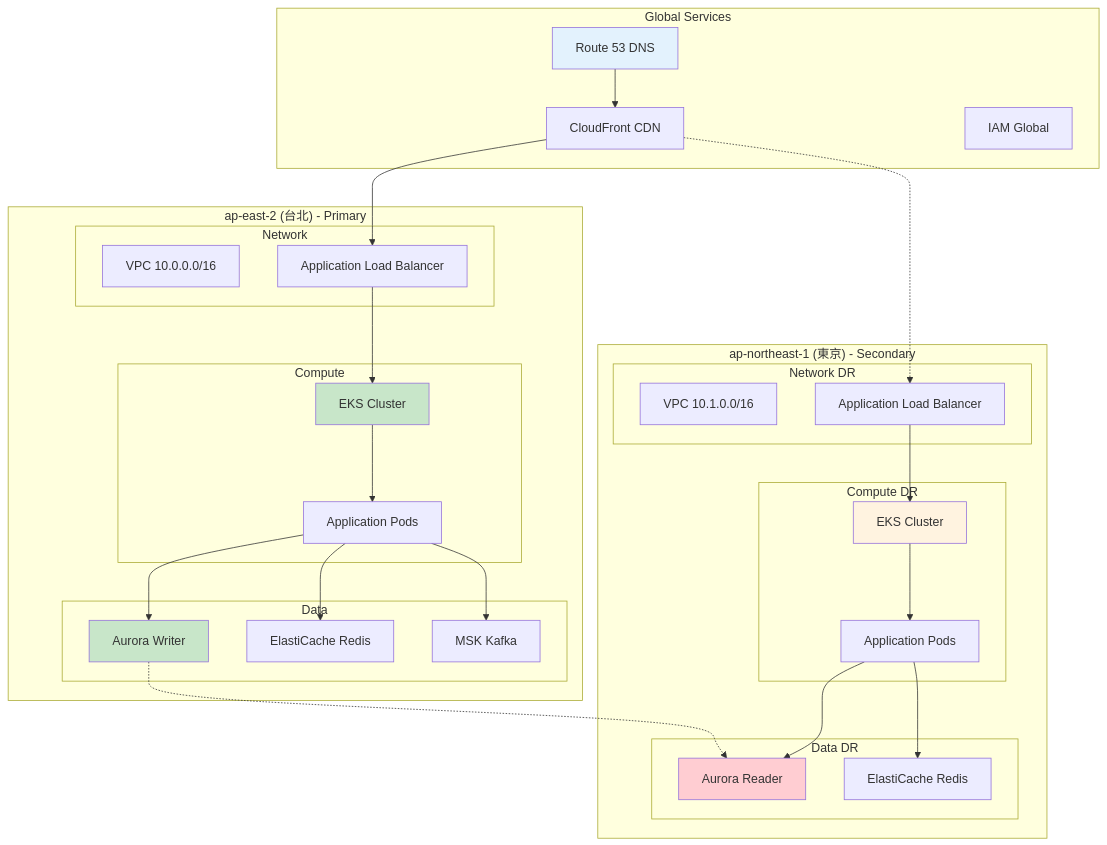
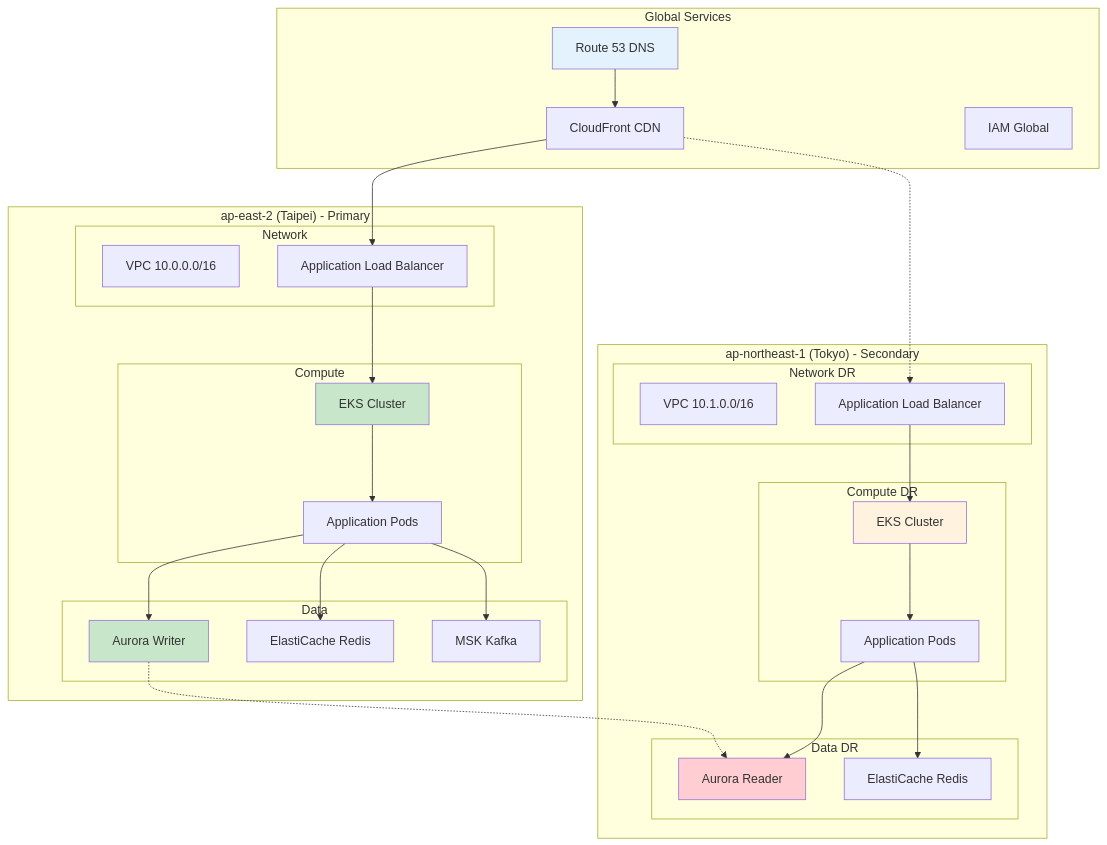
The diagram in docs/architecture/aws-architecture-overview.md (humank/genai-demo), drawn with Mermaid before and after one commit. The commit also changed other lines of this file and 453 other files, not shown here.

First line of the commit message:
feat: Complete translation of key architecture and API documentation

````diff
--- a/docs/architecture/aws-architecture-overview.md
+++ b/docs/architecture/aws-architecture-overview.md
@@ -134,63 +134,63 @@
 ```mermaid
 graph TB
     subgraph "Global Services"
         Route53[Route 53 DNS]
         CloudFront[CloudFront CDN]
         IAM[IAM Global]
     end
     
-    subgraph "ap-east-2 (台北) - Primary"
+    subgraph "ap-east-2 (Taipei) - Primary"
         subgraph "Network"
             VPC1[VPC 10.0.0.0/16]
             ALB1[Application Load Balancer]
         end
         
         subgraph "Compute"
             EKS1[EKS Cluster]
             Pods1[Application Pods]
         end
         
         subgraph "Data"
             Aurora1[Aurora Writer]
             Redis1[ElastiCache Redis]
             MSK1[MSK Kafka]
         end
     end
     
-    subgraph "ap-northeast-1 (東京) - Secondary"
+    subgraph "ap-northeast-1 (Tokyo) - Secondary"
         subgraph "Network DR"
             VPC2[VPC 10.1.0.0/16]
             ALB2[Application Load Balancer]
         end
         
         subgraph "Compute DR"
             EKS2[EKS Cluster]
             Pods2[Application Pods]
         end
         
         subgraph "Data DR"
             Aurora2[Aurora Reader]
             Redis2[ElastiCache Redis]
         end
     end
     
     Route53 --> CloudFront
     CloudFront --> ALB1
     CloudFront -.-> ALB2
     ALB1 --> EKS1
     ALB2 --> EKS2
     EKS1 --> Pods1
     EKS2 --> Pods2
     Pods1 --> Aurora1
     Pods1 --> Redis1
     Pods1 --> MSK1
     Pods2 --> Aurora2
     Pods2 --> Redis2
     Aurora1 -.-> Aurora2
     
     style Route53 fill:#e3f2fd
     style EKS1 fill:#c8e6c9
     style EKS2 fill:#fff3e0
     style Aurora1 fill:#c8e6c9
     style Aurora2 fill:#ffcdd2
 ```
````
